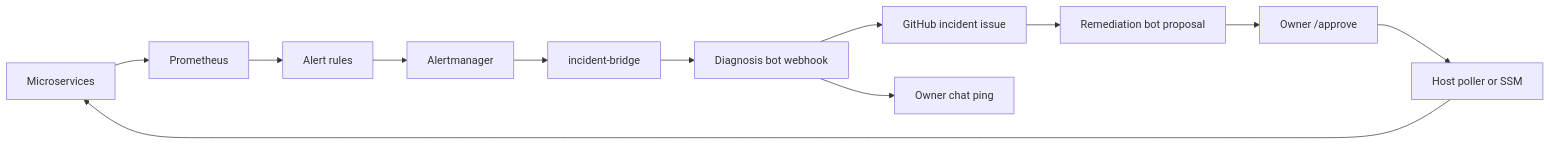
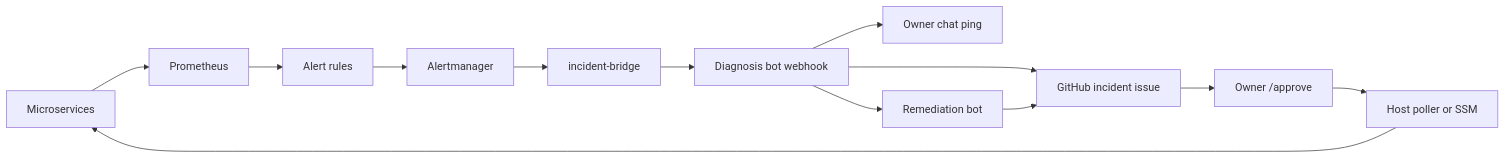
One commit to ritvikindupuri/ResilienceOps changed the diagram in README.md. Above: the diagram before and after it, drawn with Mermaid. The commit also changed other lines of this file and 8 other files, not shown here.

````diff
--- a/README.md
+++ b/README.md
@@ -156,14 +551,15 @@
 ```mermaid
 flowchart LR
   services[Microservices] --> prom[Prometheus]
   prom --> rules[Alert rules]
   rules --> am[Alertmanager]
   am --> bridge[incident-bridge]
   bridge --> diag[Diagnosis bot webhook]
   diag --> gh[GitHub incident issue]
   diag --> chat[Owner chat ping]
-  gh --> rem[Remediation bot proposal]
-  rem --> approve["Owner /approve"]
+  diag --> rem[Remediation bot]
+  rem --> gh
+  gh --> approve["Owner /approve"]
   approve --> host[Host poller or SSM]
   host --> services
 ```
````
